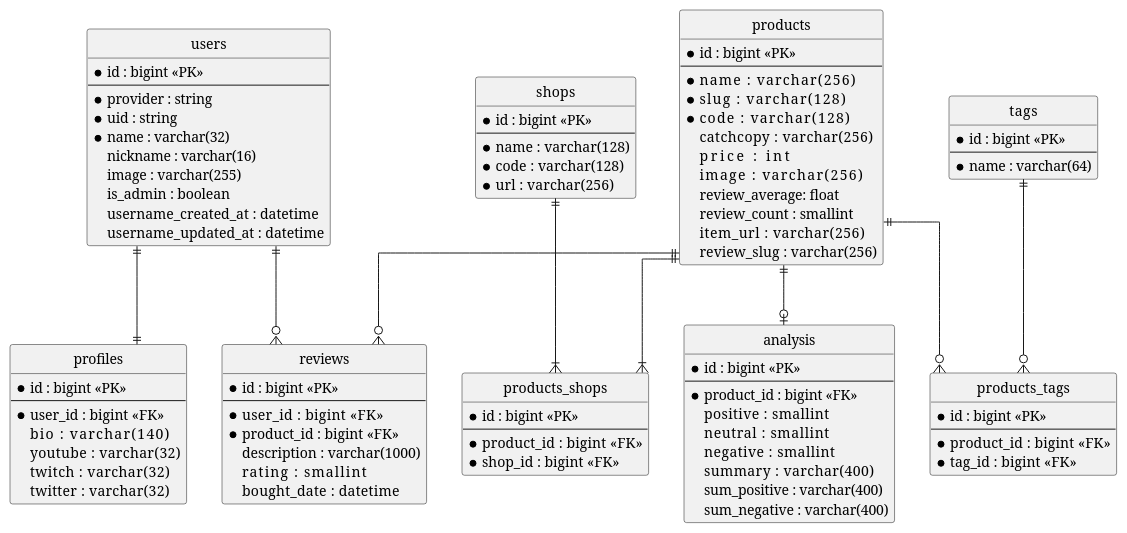
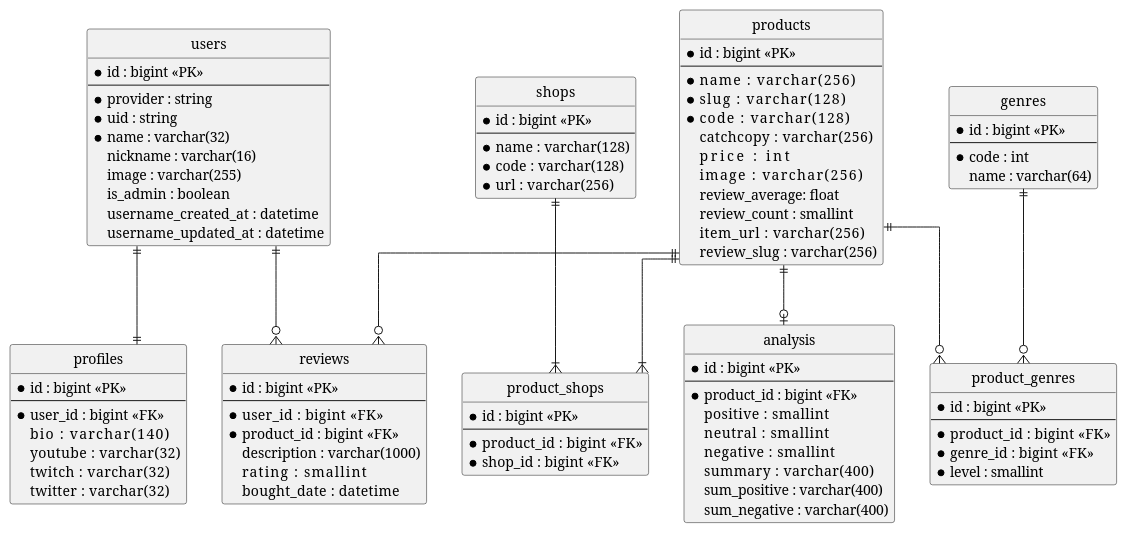
One commit to hellonagi/ecomeru changed the diagram in documents/er.pu. Above: the diagram before and after it, drawn with PlantUML. The commit also changed 18 other files, not shown here.

```diff
--- a/documents/er.pu
+++ b/documents/er.pu
@@ -1,104 +1,106 @@
 @startuml reviwe-app
  skinparam linetype ortho
  hide circle
 
 entity "users" {
   * id : bigint <<PK>>
   --
   * provider : string
   * uid : string
   * name : varchar(32)
   nickname : varchar(16)
   image : varchar(255)
   is_admin : boolean
   username_created_at : datetime
   username_updated_at : datetime
 }
 
 entity profiles {
   * id : bigint <<PK>>
   --
   * user_id  : bigint <<FK>>
   bio        : varchar(140)
   youtube    : varchar(32)
   twitch     : varchar(32)
   twitter    : varchar(32)
 }
 
 entity products {
   * id : bigint <<PK>>
   --
   * name        : varchar(256)
   * slug        : varchar(128)
   * code        : varchar(128)
   catchcopy     : varchar(256)
   price         : int
   image         : varchar(256)
   review_average: float
   review_count  : smallint
   item_url      : varchar(256)
   review_slug   : varchar(256)
 }
 
 entity shops {
   * id : bigint <<PK>>
   --
   * name  : varchar(128)
   * code  : varchar(128)
   * url   : varchar(256)
 }
 
-entity products_shops {
+entity product_shops {
   * id : bigint <<PK>>
   --
   * product_id   : bigint <<FK>>
   * shop_id  : bigint <<FK>>
 }
 
 
 entity reviews {
   * id : bigint <<PK>>
   --
   * user_id    : bigint <<FK>>
   * product_id  : bigint <<FK>>
   description  : varchar(1000)
   rating       : smallint
   bought_date  : datetime
 }
 
 entity analysis {
   * id : bigint <<PK>>
   --
   * product_id : bigint <<FK>>
   positive    : smallint
   neutral     : smallint
   negative    : smallint
   summary     : varchar(400)
   sum_positive : varchar(400)
   sum_negative : varchar(400)
 }
 
-entity tags {
+entity genres {
   * id : bigint <<PK>>
   --
-  * name : varchar(64)
+  * code : int
+  name : varchar(64)
 }
 
-entity products_tags {
+entity product_genres {
   * id : bigint <<PK>>
   --
   * product_id   : bigint <<FK>>
-  * tag_id  : bigint <<FK>>
+  * genre_id  : bigint <<FK>>
+  * level : smallint
 }
 
 
 users ||--|| profiles
 users ||--o{ reviews
 products ||--o{ reviews
-products ||--|{ products_shops
-shops ||--|{ products_shops
+products ||--|{ product_shops
+shops ||--|{ product_shops
 products ||--o| analysis
-products ||--o{ products_tags
-tags ||--o{ products_tags
+products ||--o{ product_genres
+genres ||--o{ product_genres
 
 @enduml
```
